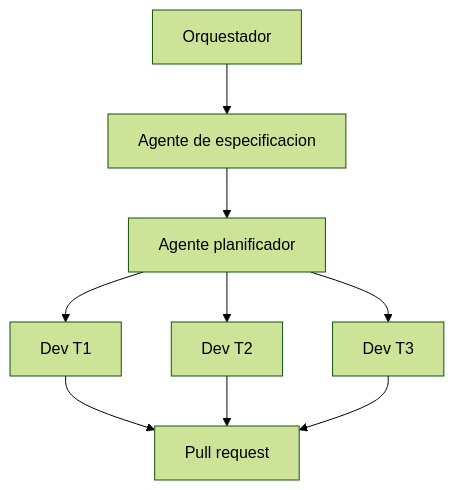
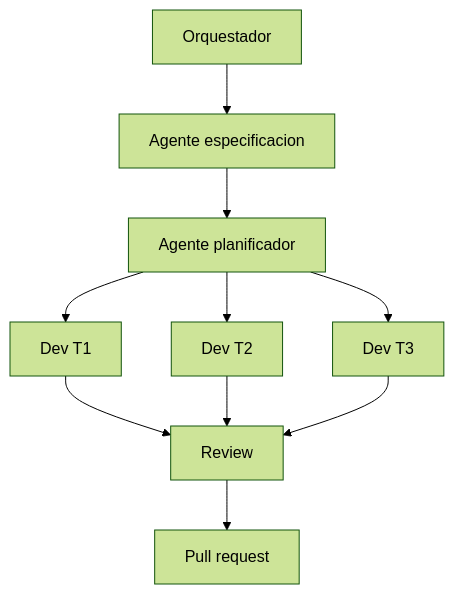
Before and after one commit to SERGIOIVORRA/Manual-Software-Factory-ES: the eighth of 13 diagrams in README.md, drawn with Mermaid (forest theme). The commit also changed other lines of this file, not shown here.

Commit message:
Keep video and expand to 13 technical Mermaid schemas

````diff
--- a/README.md
+++ b/README.md
@@ -47,11 +105,12 @@
 ```mermaid
 flowchart TD
-  O[Orquestador] --> S[Agente de especificacion]
+  O[Orquestador] --> S[Agente especificacion]
   S --> P[Agente planificador]
   P --> D1[Dev T1]
   P --> D2[Dev T2]
   P --> D3[Dev T3]
-  D1 --> PR[Pull request]
-  D2 --> PR
-  D3 --> PR
+  D1 --> R[Review]
+  D2 --> R
+  D3 --> R
+  R --> PR[Pull request]
 ```
````
